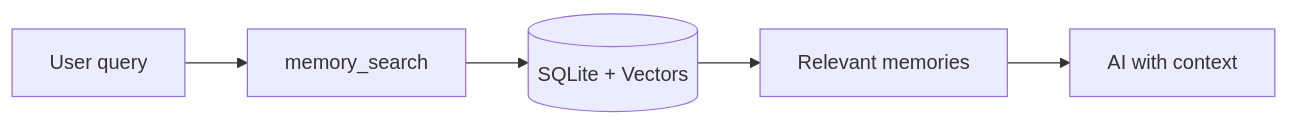
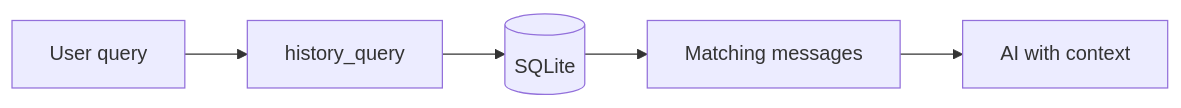
Before and after one commit to yeheng/nanobot-rs: the seventh of 14 diagrams in docs/tools-en.md, drawn with Mermaid. The commit also changed other lines of this file and 10 other files, not shown here.

Commit message:
feat(docs): 全面更新文档以反映 v2.1 配置、工具及子代理架构变更 - 更新配置文档：新增环境变量引用、api_base 字段、Anthropic/Gemini 提供商、模型 Profile 配置及新选项 - 重构工具文档：替换 Memory 工具为 History Query 工具、新增会话管理及消息工具、新增工具审批系统说明 - 更新子代理文档：新增模型选择参数、并行执行限制、WebSocket 流式事件类型及超时配置 - 更新会话文档：新增工具审批流程 Mermaid 图及说明 - 精简部署与 FAQ 文档：日志配置改为环境变量方式、移除过时配置项

````diff
--- a/docs/tools-en.md
+++ b/docs/tools-en.md
@@ -166,7 +170,7 @@
 ```mermaid
 flowchart LR
-    Query["User query"] --> Search["memory_search"]
-    Search --> DB[(SQLite + Vectors)]
-    DB --> Results["Relevant memories"]
+    Query["User query"] --> Search["history_query"]
+    Search --> DB[(SQLite)]
+    DB --> Results["Matching messages"]
     Results --> AI["AI with context"]
 ```
````
